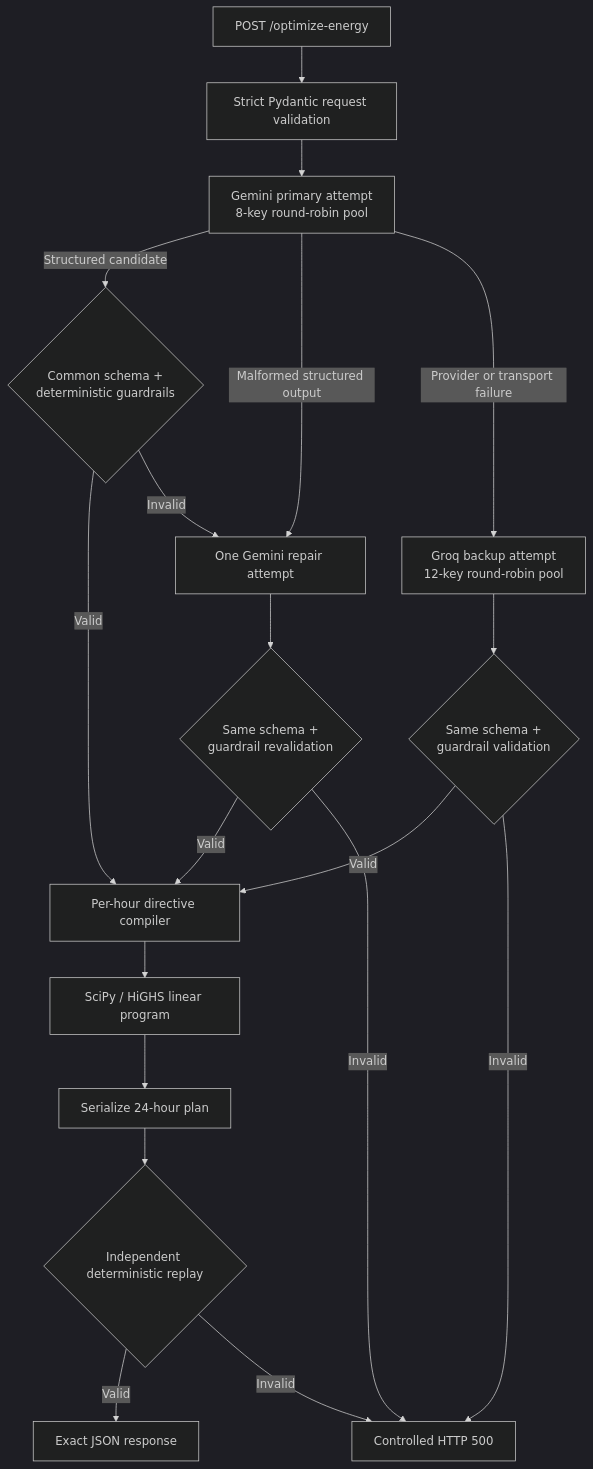
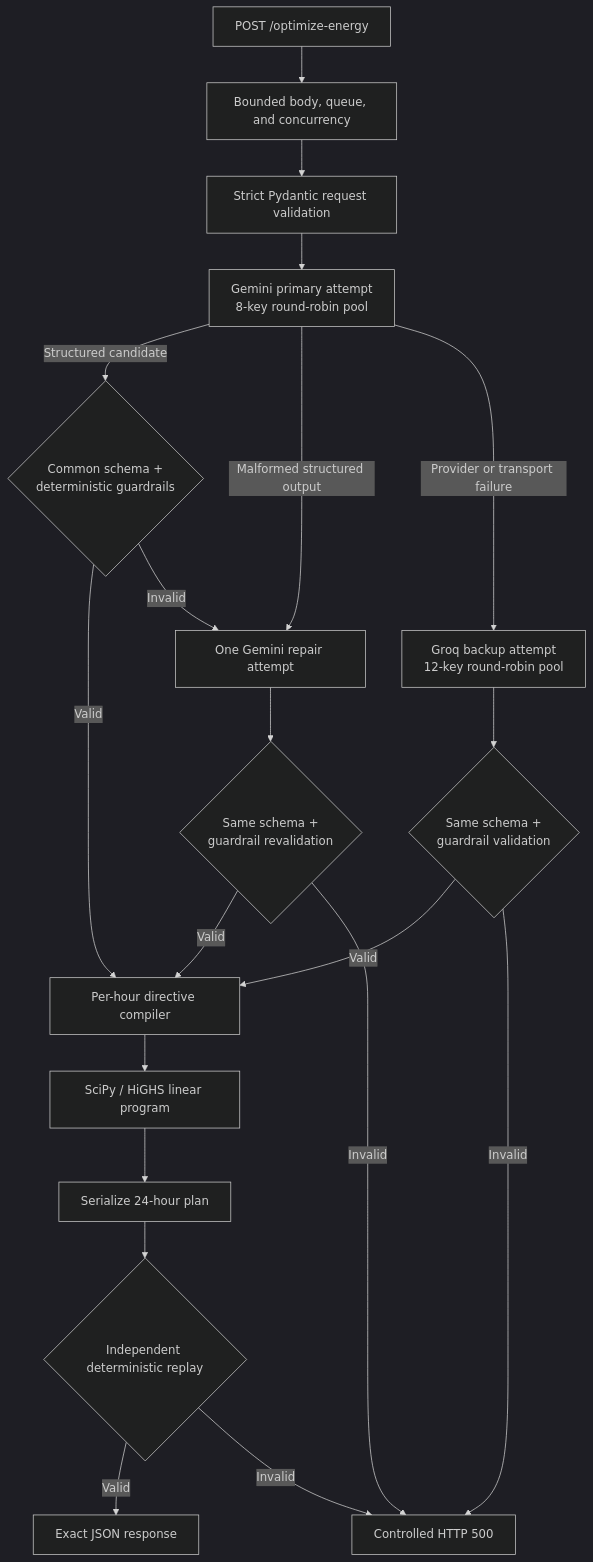
The diagram in README.md (XGNoir95/Gridlock-d), drawn with Mermaid (dark theme) before and after one commit. The commit also changed other lines of this file and 16 other files, not shown here.

````diff
--- a/README.md
+++ b/README.md
@@ -16,24 +16,25 @@
 ```mermaid
 flowchart TD
-    A["POST /optimize-energy"] --> B["Strict Pydantic request validation"]
-    B --> C["Gemini primary attempt<br/>8-key round-robin pool"]
+    A["POST /optimize-energy"] --> B["Bounded body, queue, and concurrency"]
+    B --> C["Strict Pydantic request validation"]
+    C --> D["Gemini primary attempt<br/>8-key round-robin pool"]
 
-    C -->|Structured candidate| D{"Common schema +<br/>deterministic guardrails"}
-    C -->|Malformed structured output| E["One Gemini repair attempt"]
-    C -->|Provider or transport failure| F["Groq backup attempt<br/>12-key round-robin pool"]
+    D -->|Structured candidate| E{"Common schema +<br/>deterministic guardrails"}
+    D -->|Malformed structured output| F["One Gemini repair attempt"]
+    D -->|Provider or transport failure| G["Groq backup attempt<br/>12-key round-robin pool"]
 
-    D -->|Valid| G["Per-hour directive compiler"]
-    D -->|Invalid| E
-    E --> H{"Same schema +<br/>guardrail revalidation"}
-    F --> I{"Same schema +<br/>guardrail validation"}
-    H -->|Valid| G
-    I -->|Valid| G
-    H -->|Invalid| X["Controlled HTTP 500"]
-    I -->|Invalid| X
+    E -->|Valid| H["Per-hour directive compiler"]
+    E -->|Invalid| F
+    F --> I{"Same schema +<br/>guardrail revalidation"}
+    G --> J{"Same schema +<br/>guardrail validation"}
+    I -->|Valid| H
+    J -->|Valid| H
+    I -->|Invalid| X["Controlled HTTP 500"]
+    J -->|Invalid| X
 
-    G --> J["SciPy / HiGHS linear program"]
-    J --> K["Serialize 24-hour plan"]
-    K --> L{"Independent deterministic replay"}
-    L -->|Valid| M["Exact JSON response"]
-    L -->|Invalid| X
+    H --> K["SciPy / HiGHS linear program"]
+    K --> L["Serialize 24-hour plan"]
+    L --> M{"Independent deterministic replay"}
+    M -->|Valid| N["Exact JSON response"]
+    M -->|Invalid| X
 ```
````
